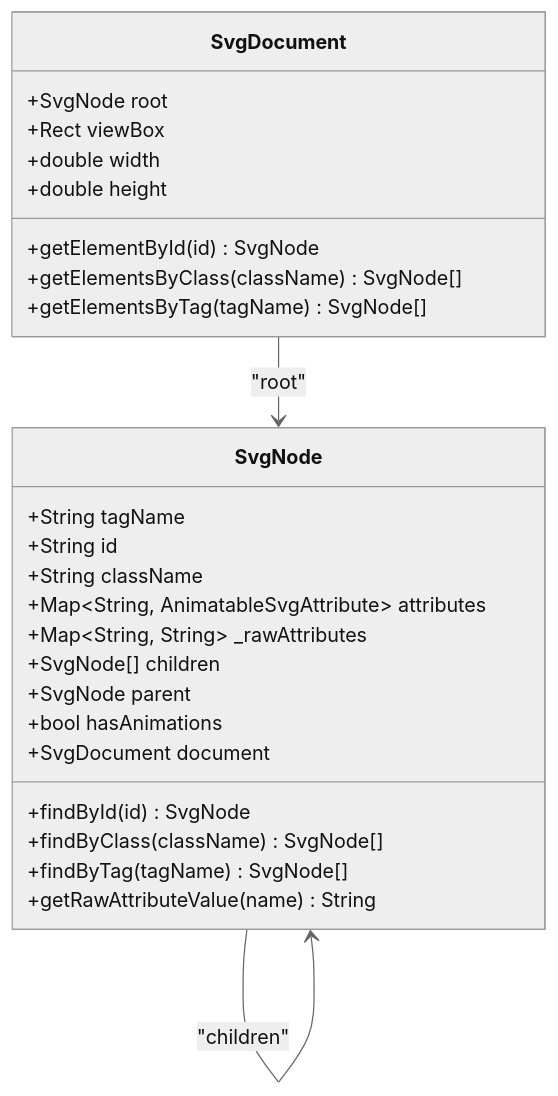
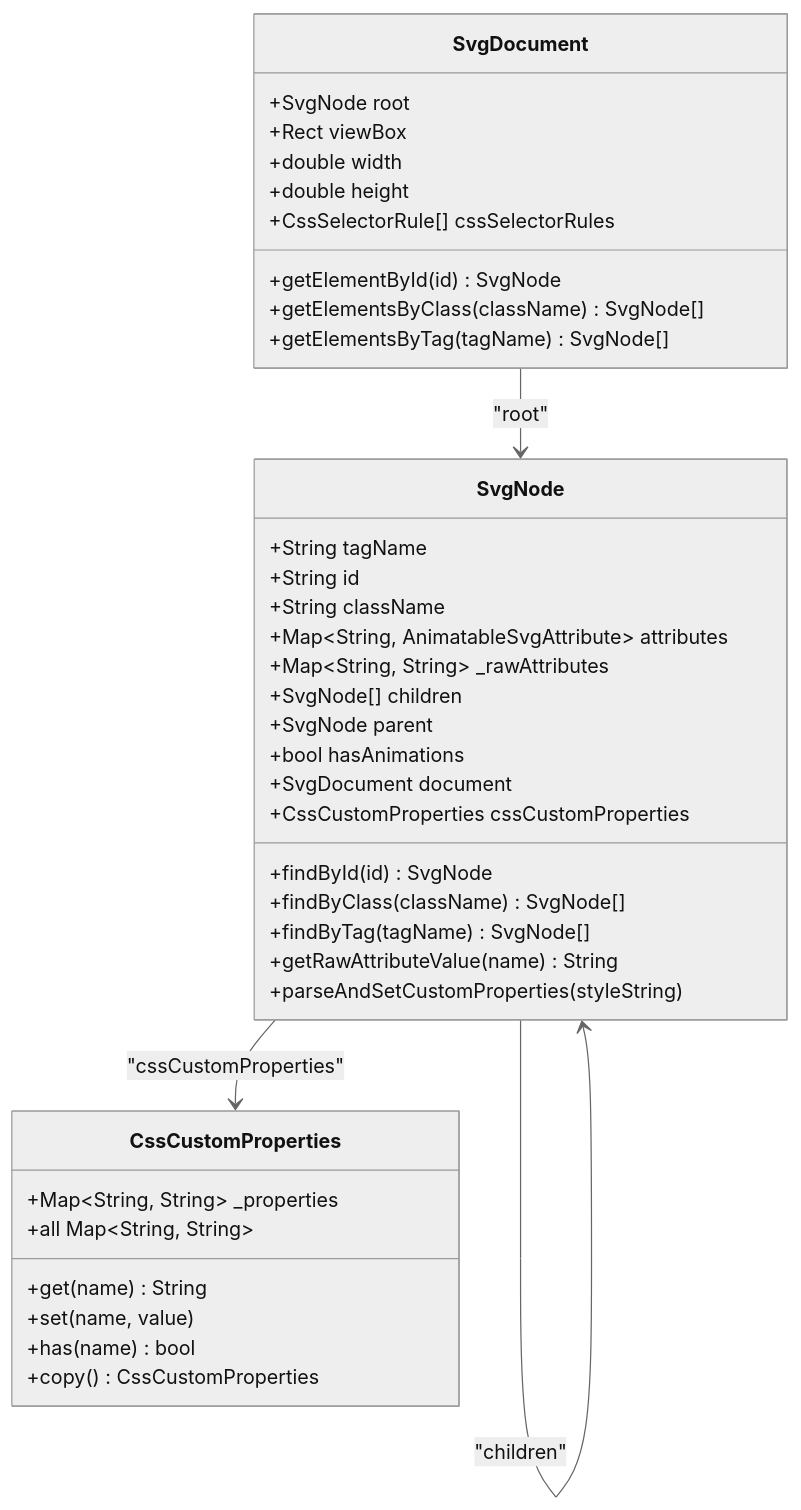
Before and after one commit to denisnadey/flutter_full_svg_support: the third of 10 diagrams in .qoder/repowiki/en/content/Advanced Features/Use Element Symbol Inheritance.md, drawn with Mermaid (neutral theme). The commit also changed other lines of this file and 20 other files, not shown here.

````diff
--- a/.qoder/repowiki/en/content/Advanced Features/Use Element Symbol Inheritance.md
+++ b/.qoder/repowiki/en/content/Advanced Features/Use Element Symbol Inheritance.md
@@ -158,29 +180,41 @@
 ```mermaid
 classDiagram
 class SvgNode {
 +String tagName
 +String id
 +String className
 +Map~String, AnimatableSvgAttribute~ attributes
 +Map~String, String~ _rawAttributes
 +SvgNode[] children
 +SvgNode parent
 +bool hasAnimations
 +SvgDocument document
++CssCustomProperties cssCustomProperties
 +findById(id) SvgNode
 +findByClass(className) SvgNode[]
 +findByTag(tagName) SvgNode[]
 +getRawAttributeValue(name) String
++parseAndSetCustomProperties(styleString)
 }
 class SvgDocument {
 +SvgNode root
 +Rect viewBox
 +double width
 +double height
++CssSelectorRule[] cssSelectorRules
 +getElementById(id) SvgNode
 +getElementsByClass(className) SvgNode[]
 +getElementsByTag(tagName) SvgNode[]
 }
+class CssCustomProperties {
++Map~String, String~ _properties
++get(name) String
++set(name, value)
++has(name) bool
++all Map~String, String~
++copy() CssCustomProperties
+}
 SvgDocument --> SvgNode : "root"
 SvgNode --> SvgNode : "children"
+SvgNode --> CssCustomProperties : "cssCustomProperties"
 ```
````
